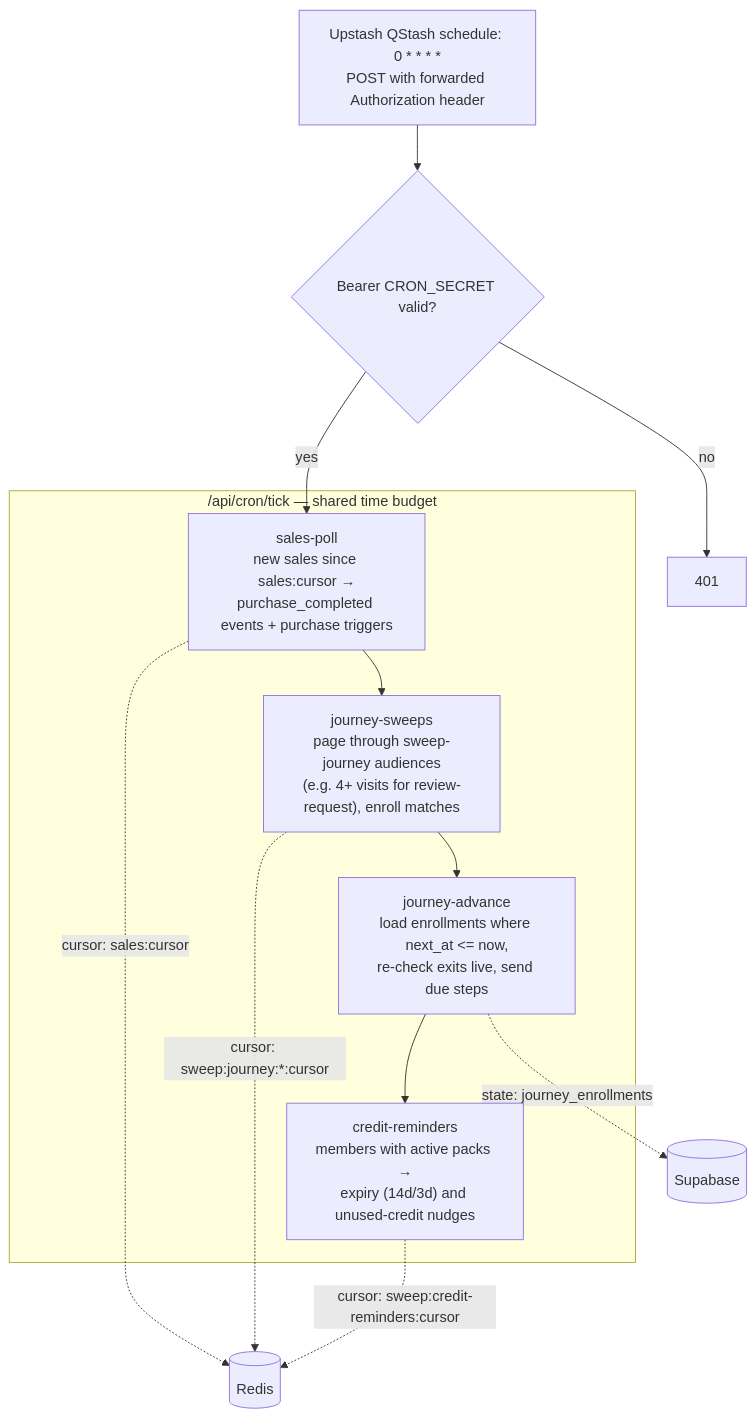
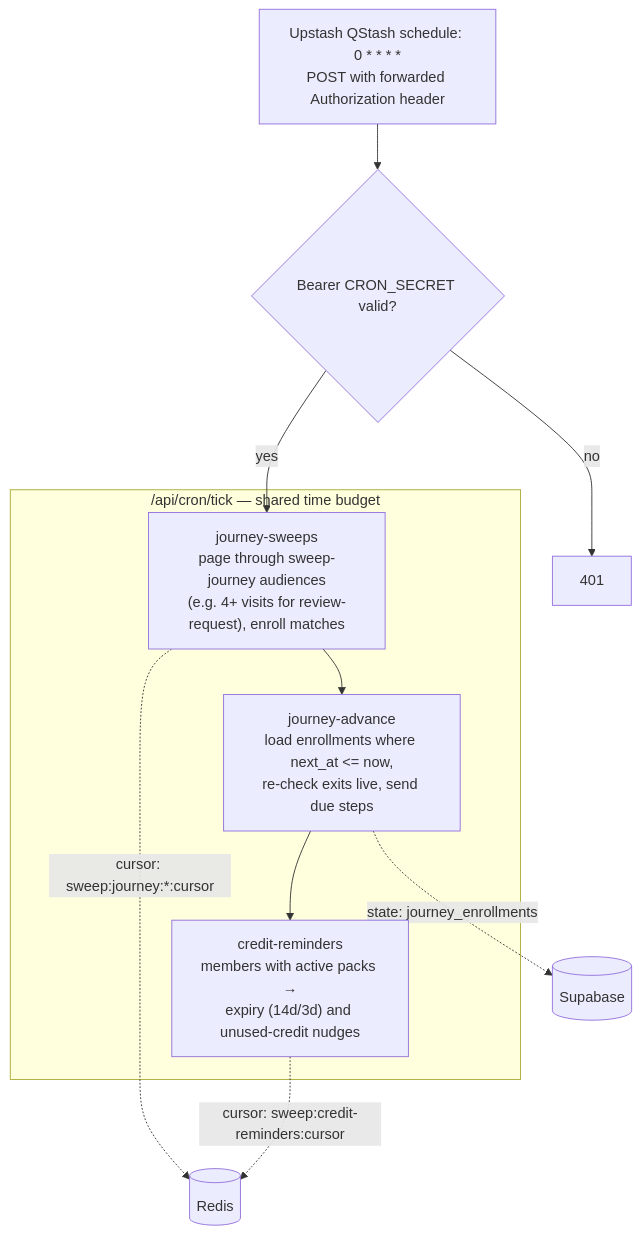
One commit to weslexcore/pyre changed the third of 9 diagrams in apps/integrations/docs/event-flows.md. Above: the diagram before and after it, drawn with Mermaid. The commit also changed other lines of this file and 27 other files, not shown here.

````diff
--- a/apps/integrations/docs/event-flows.md
+++ b/apps/integrations/docs/event-flows.md
@@ -94,19 +94,17 @@
 ```mermaid
 flowchart TD
     CRON["Upstash QStash schedule: 0 * * * *<br/>POST with forwarded Authorization header"] --> AUTH{"Bearer CRON_SECRET valid?"}
     AUTH -- no --> DENY["401"]
-    AUTH -- yes --> SP
+    AUTH -- yes --> JS
 
     subgraph tick["/api/cron/tick — shared time budget"]
-        SP["sales-poll<br/>new sales since sales:cursor →<br/>purchase_completed events + purchase triggers"]
         JS["journey-sweeps<br/>page through sweep-journey audiences<br/>(e.g. 4+ visits for review-request), enroll matches"]
         JA["journey-advance<br/>load enrollments where next_at <= now,<br/>re-check exits live, send due steps"]
         CR["credit-reminders<br/>members with active packs →<br/>expiry (14d/3d) and unused-credit nudges"]
-        SP --> JS --> JA --> CR
+        JS --> JA --> CR
     end
 
-    SP -. "cursor: sales:cursor" .-> REDIS[("Redis")]
-    JS -. "cursor: sweep:journey:*:cursor" .-> REDIS
+    JS -. "cursor: sweep:journey:*:cursor" .-> REDIS[("Redis")]
     CR -. "cursor: sweep:credit-reminders:cursor" .-> REDIS
     JA -. "state: journey_enrollments" .-> SB[("Supabase")]
 ```
````
